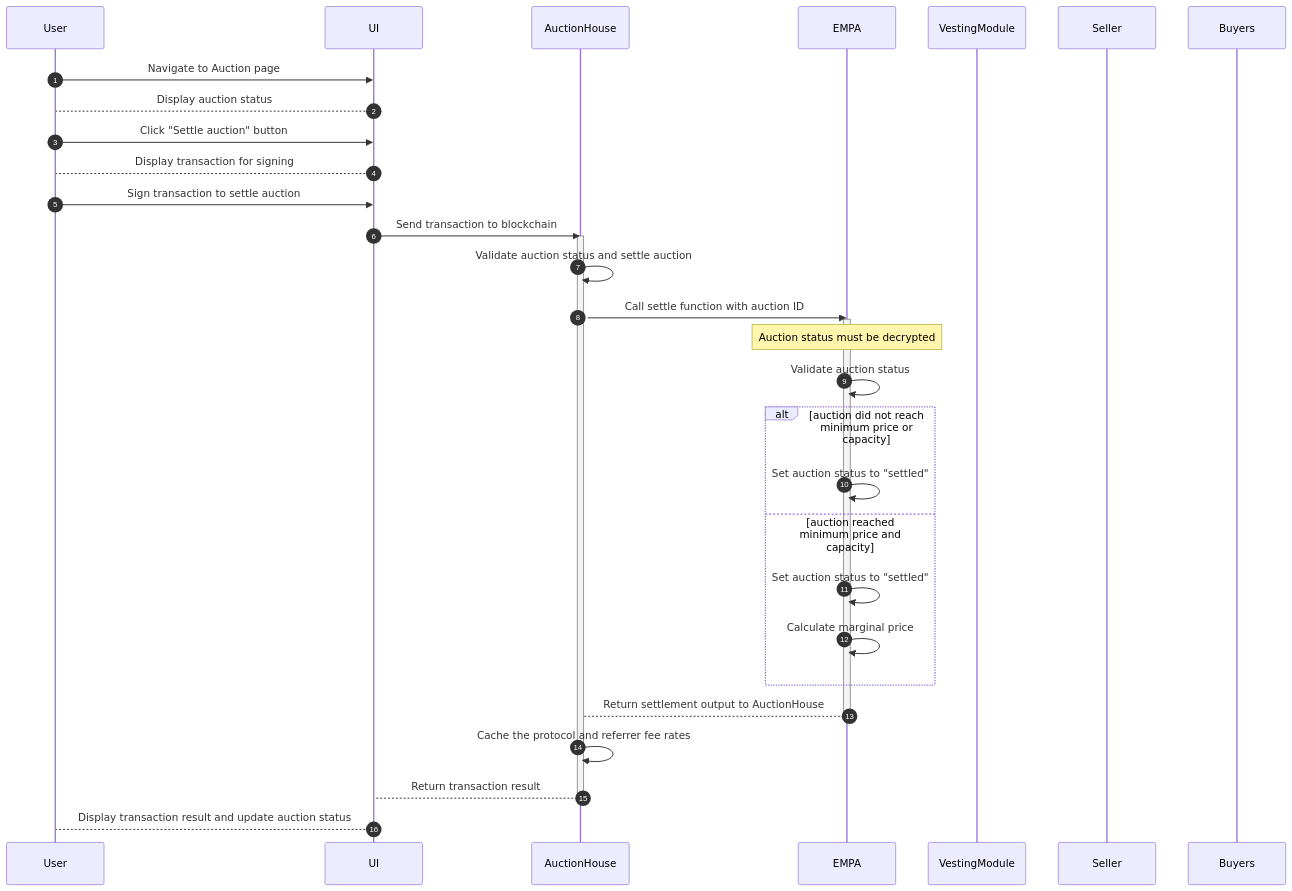
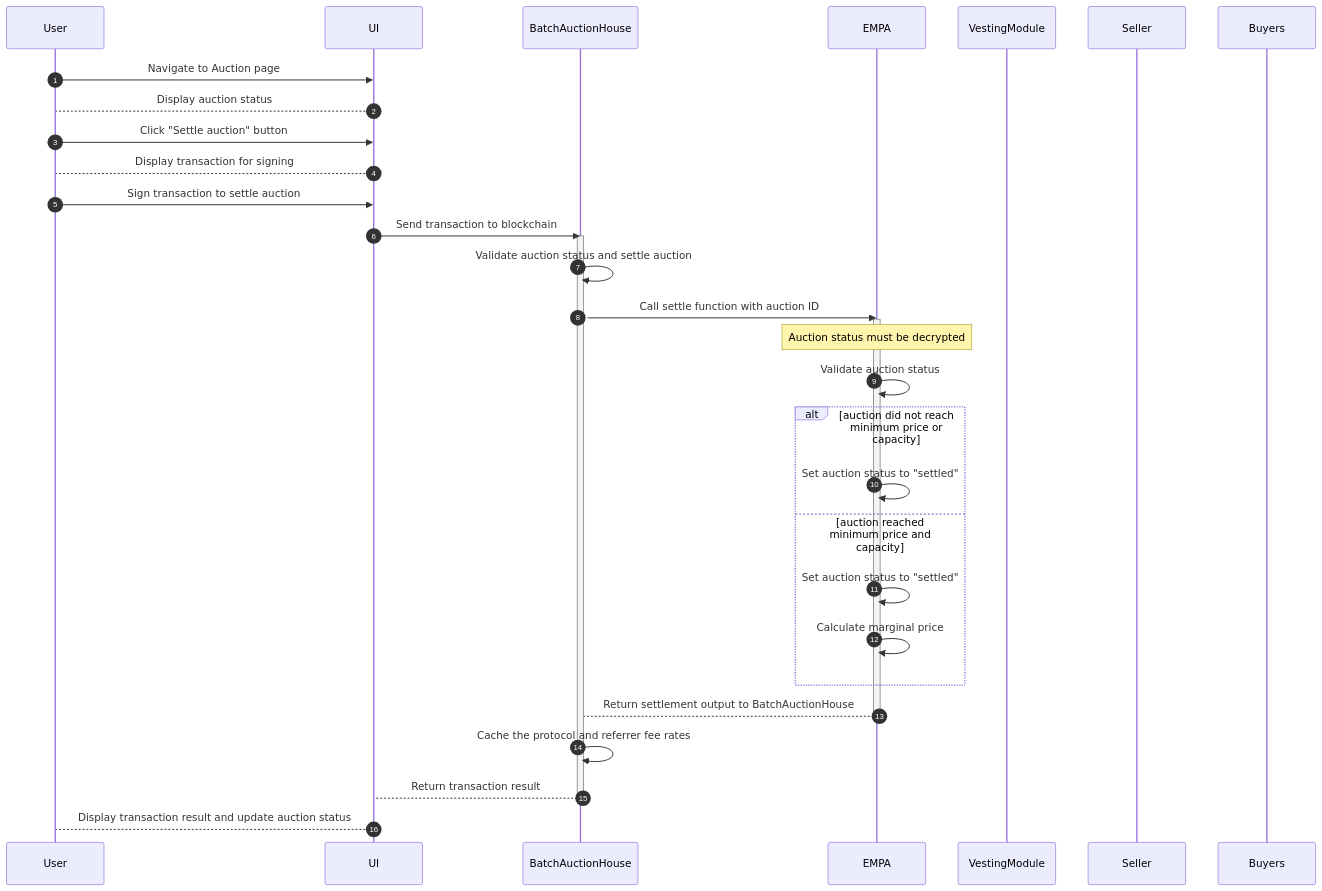
The sixth of 9 diagrams in design/EMPA.md (Axis-Fi/axis-core), drawn with Mermaid before and after one commit. The commit also changed other lines of this file, not shown here.

Commit message:
AuctionHouse -> BatchAuctionHouse

````diff
--- a/design/EMPA.md
+++ b/design/EMPA.md
@@ -319,36 +319,36 @@
 ```mermaid
 sequenceDiagram
   autoNumber
   participant User
   participant UI
-  participant AuctionHouse
+  participant BatchAuctionHouse
   participant EMPA
   participant VestingModule
   participant Seller
   participant Buyers
 
   User->>UI: Navigate to Auction page
   UI-->User: Display auction status
   User->>UI: Click "Settle auction" button
   UI-->User: Display transaction for signing
   User->>UI: Sign transaction to settle auction
-  UI->>AuctionHouse: Send transaction to blockchain
-  activate AuctionHouse
-      AuctionHouse->>AuctionHouse: Validate auction status and settle auction
-      AuctionHouse->>EMPA: Call settle function with auction ID
+  UI->>BatchAuctionHouse: Send transaction to blockchain
+  activate BatchAuctionHouse
+      BatchAuctionHouse->>BatchAuctionHouse: Validate auction status and settle auction
+      BatchAuctionHouse->>EMPA: Call settle function with auction ID
       activate EMPA
           Note over EMPA: Auction status must be decrypted
           EMPA->>EMPA: Validate auction status
           alt auction did not reach minimum price or capacity
               EMPA->>EMPA: Set auction status to "settled"
           else auction reached minimum price and capacity
               EMPA->>EMPA: Set auction status to "settled"
               EMPA->>EMPA: Calculate marginal price
           end
-          EMPA-->AuctionHouse: Return settlement output to AuctionHouse
+          EMPA-->BatchAuctionHouse: Return settlement output to BatchAuctionHouse
       deactivate EMPA
-      AuctionHouse->>AuctionHouse: Cache the protocol and referrer fee rates
-      AuctionHouse-->UI: Return transaction result
-  deactivate AuctionHouse
+      BatchAuctionHouse->>BatchAuctionHouse: Cache the protocol and referrer fee rates
+      BatchAuctionHouse-->UI: Return transaction result
+  deactivate BatchAuctionHouse
   UI-->User: Display transaction result and update auction status
 ```
````
